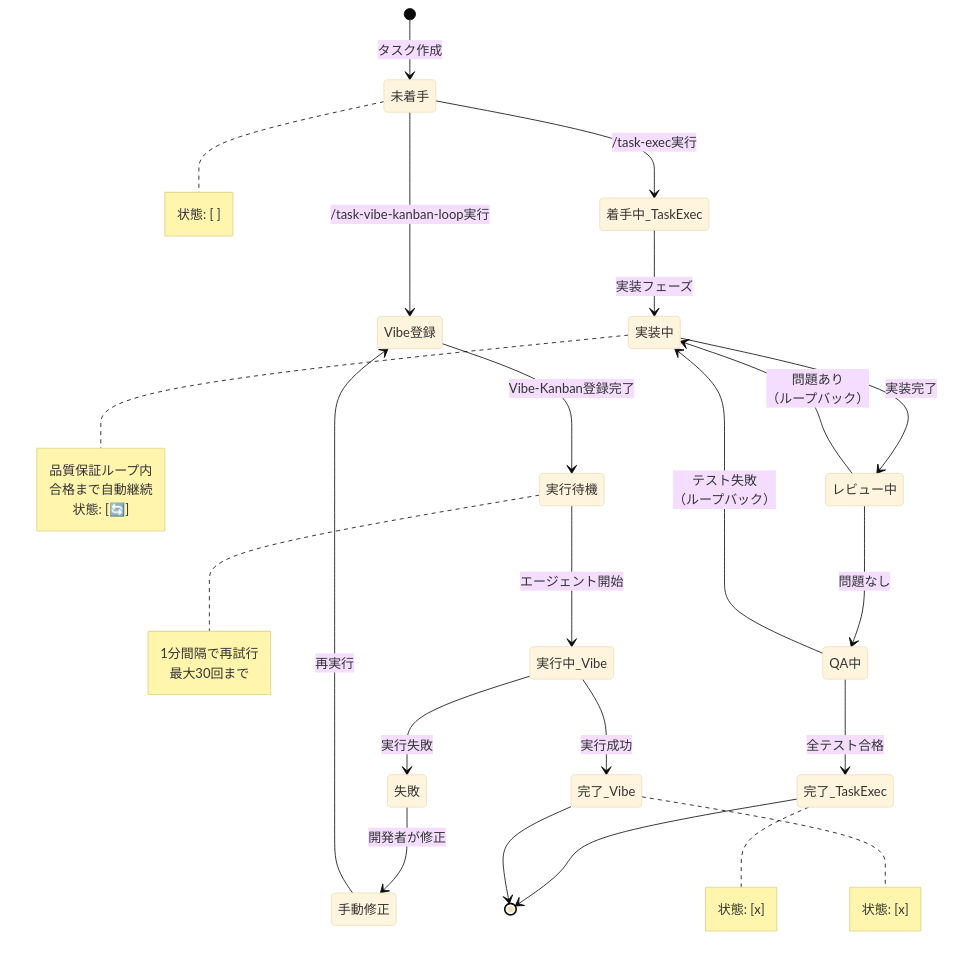
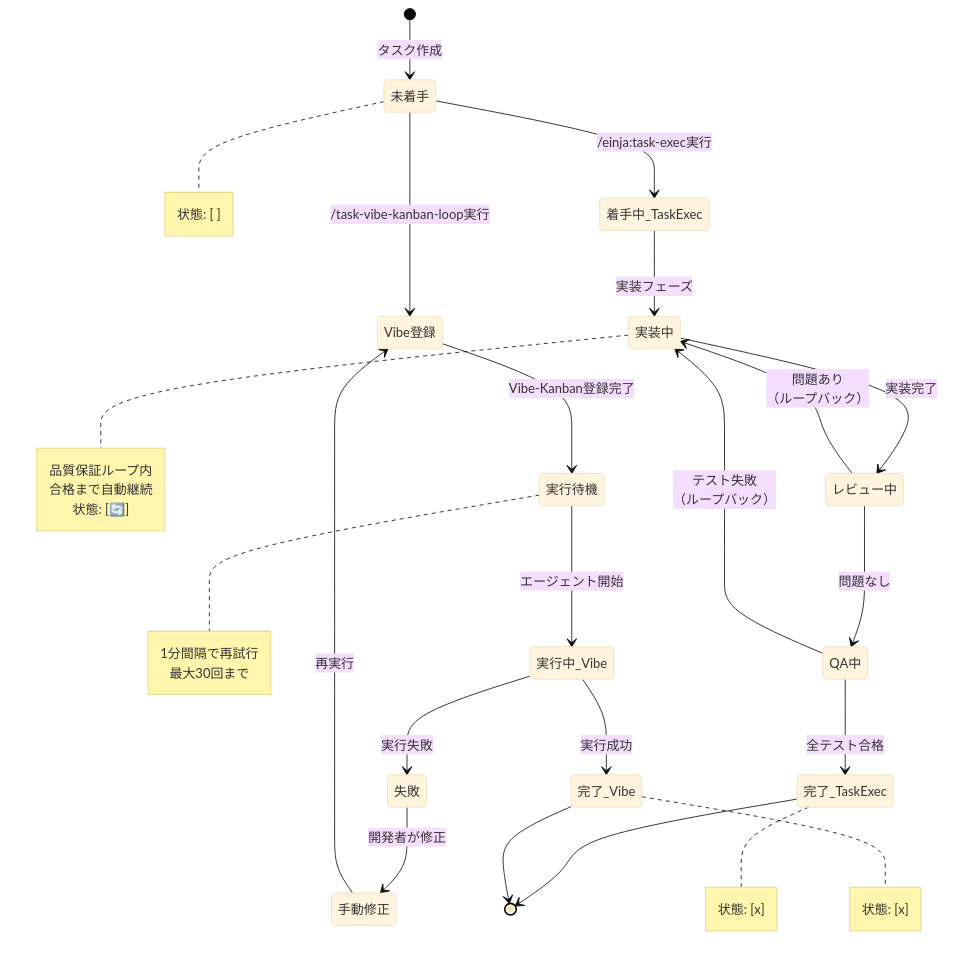
Before and after one commit to einja-inc/einja-management-template: the fourth of 6 diagrams in docs/einja/instructions/task-execute.md, drawn with Mermaid (base theme). The commit also changed other lines of this file and 9 other files, not shown here.

````diff
--- a/docs/einja/instructions/task-execute.md
+++ b/docs/einja/instructions/task-execute.md
@@ -450,48 +450,48 @@
 ```mermaid
 stateDiagram-v2
     [*] --> 未着手: タスク作成
 
-    未着手 --> 着手中_TaskExec: /task-exec実行
+    未着手 --> 着手中_TaskExec: /einja:task-exec実行
     未着手 --> Vibe登録: /task-vibe-kanban-loop実行
 
     着手中_TaskExec --> 実装中: 実装フェーズ
     実装中 --> レビュー中: 実装完了
     レビュー中 --> 実装中: 問題あり<br/>（ループバック）
     レビュー中 --> QA中: 問題なし
     QA中 --> 実装中: テスト失敗<br/>（ループバック）
     QA中 --> 完了_TaskExec: 全テスト合格
 
     Vibe登録 --> 実行待機: Vibe-Kanban登録完了
     実行待機 --> 実行中_Vibe: エージェント開始
     実行中_Vibe --> 完了_Vibe: 実行成功
     実行中_Vibe --> 失敗: 実行失敗
 
     失敗 --> 手動修正: 開発者が修正
     手動修正 --> Vibe登録: 再実行
 
     完了_TaskExec --> [*]
     完了_Vibe --> [*]
 
     note right of 未着手
         状態: [ ]
     end note
 
     note right of 実装中
         品質保証ループ内
         合格まで自動継続
         状態: [🔄]
     end note
 
     note right of 実行待機
         1分間隔で再試行
         最大30回まで
     end note
 
     note right of 完了_TaskExec
         状態: [x]
     end note
 
     note right of 完了_Vibe
         状態: [x]
     end note
 ```
````
